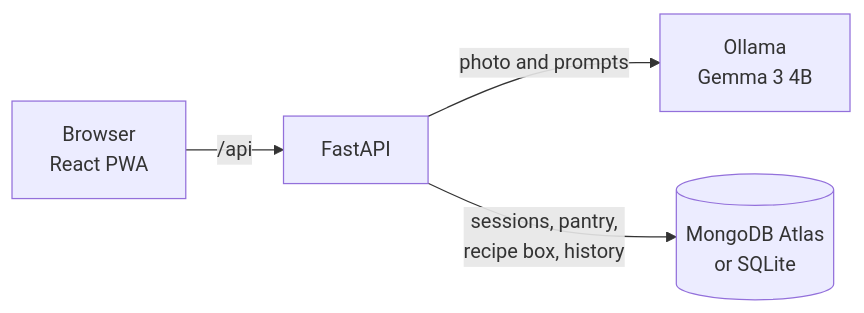
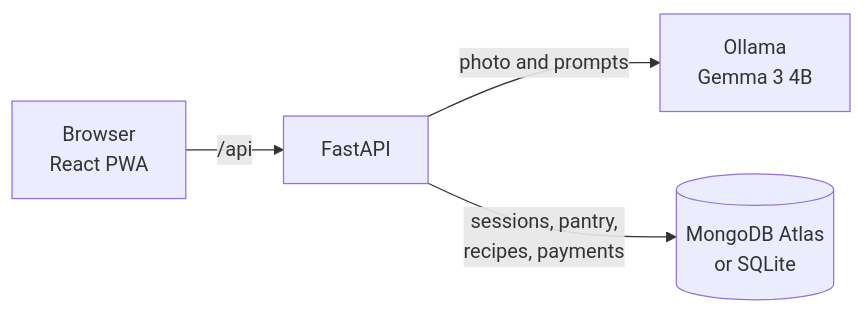
One commit to neoquantx/simmer changed the diagram in README.md. Above: the diagram before and after it, drawn with Mermaid. The commit also changed other lines of this file, not shown here.

````diff
--- a/README.md
+++ b/README.md
@@ -61,6 +29,6 @@
 ```mermaid
 flowchart LR
     B[Browser<br/>React PWA] -->|/api| A[FastAPI]
     A -->|photo and prompts| O[Ollama<br/>Gemma 3 4B]
-    A -->|sessions, pantry,<br/>recipe box, history| D[(MongoDB Atlas<br/>or SQLite)]
+    A -->|sessions, pantry,<br/>recipes, payments| D[(MongoDB Atlas<br/>or SQLite)]
 ```
````
